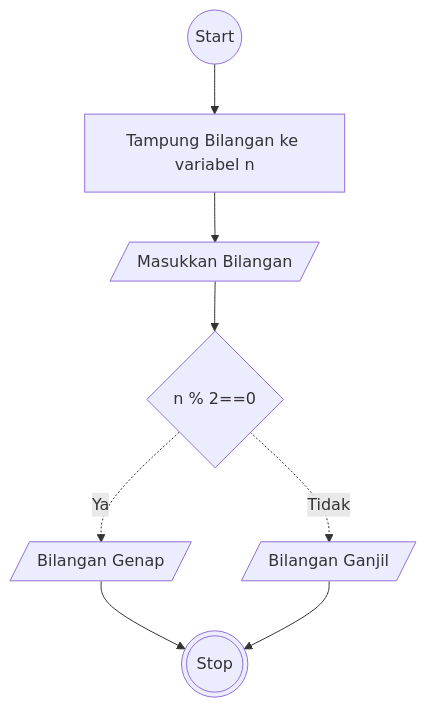
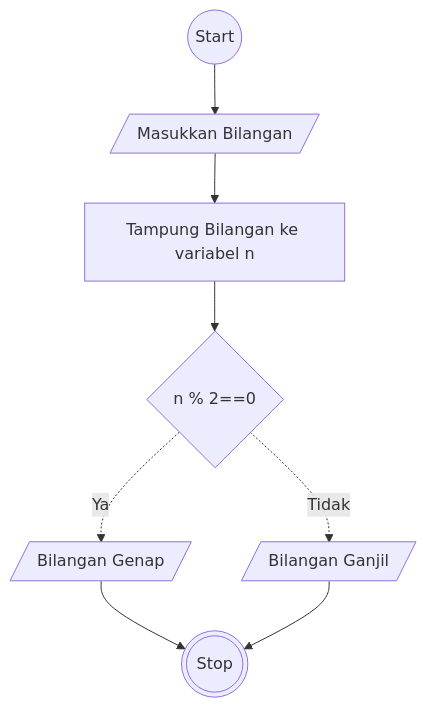
Before and after one commit to dimastadeoo/koda-b8-algoritma: the diagram in ganjil-genap.md, drawn with Mermaid.

````diff
--- a/ganjil-genap.md
+++ b/ganjil-genap.md
@@ -16,19 +16,19 @@
 ```mermaid
 flowchart TD
     A@{ shape: circle, label: "Start" }
     
     B@{ shape: lean-r, label: "Masukkan Bilangan" }
     G@{ shape: rect, label: "Tampung Bilangan ke variabel n" }
 
     C@{ shape: diamond, label: "n % 2==0" }
 
     D@{ shape: lean-r, label: "Bilangan Ganjil" }
     E@{ shape: lean-r, label: "Bilangan Genap" }
 
     F@{ shape: dbl-circ, label: "Stop" }
 
-    A --> G --> B --> C-. Ya .-> E --> F
+    A --> B --> G --> C-. Ya .-> E --> F
     C-. Tidak .-> D --> F
 
 
 ```
````
